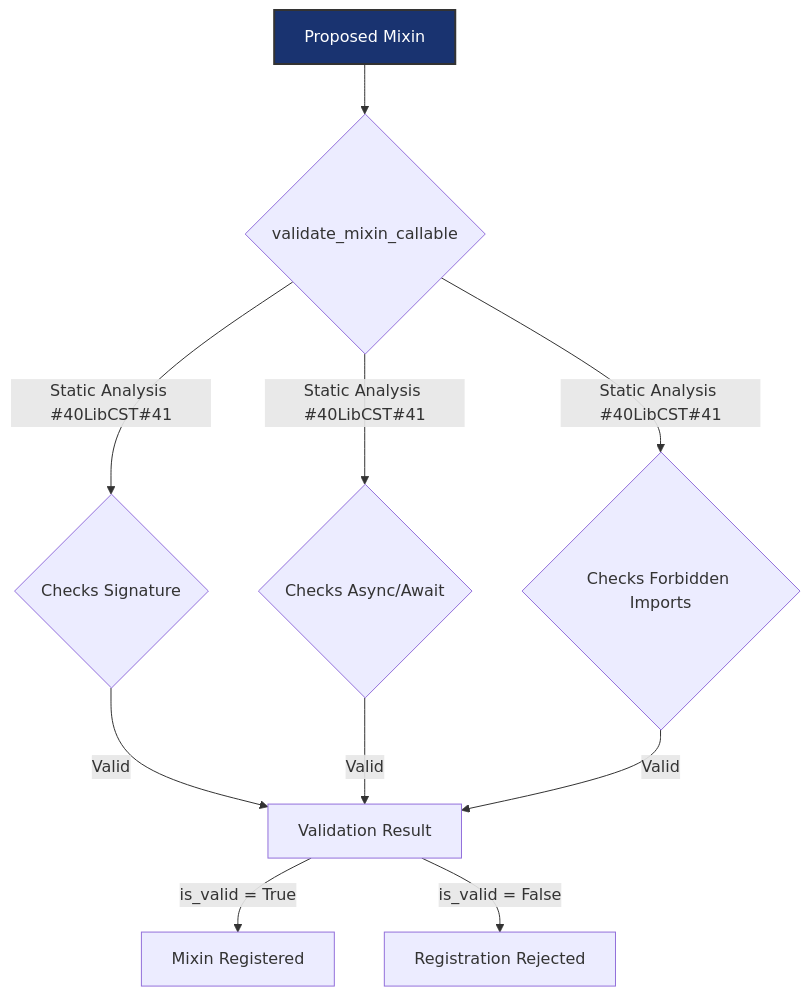
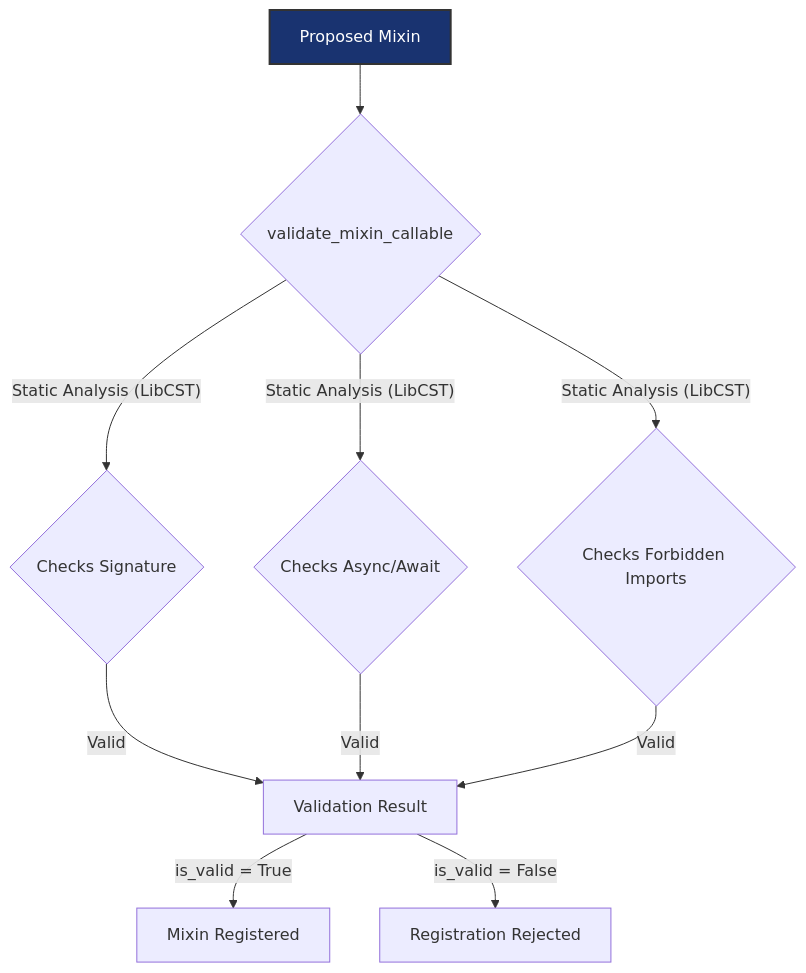
One commit to ikko/sym changed the first of 3 diagrams in docs/readme_details/5_mixinability/index.md. Above: the diagram before and after it, drawn with Mermaid. The commit also changed 17 other files, not shown here.

````diff
--- a/docs/readme_details/5_mixinability/index.md
+++ b/docs/readme_details/5_mixinability/index.md
@@ -17,16 +17,16 @@
 ```mermaid
 graph TD
     A[Proposed Mixin] --> B{validate_mixin_callable};
-    B -- "Static Analysis #40LibCST#41" --> C{Checks Signature};
-    B -- "Static Analysis #40LibCST#41" --> D{Checks Async/Await};
-    B -- "Static Analysis #40LibCST#41" --> E{Checks Forbidden Imports};
+    B -- "Static Analysis #40;LibCST#41;" --> C{Checks Signature};
+    B -- "Static Analysis #40;LibCST#41;" --> D{Checks Async/Await};
+    B -- "Static Analysis #40;LibCST#41;" --> E{Checks Forbidden Imports};
     C -- "Valid" --> F[Validation Result];
     D -- "Valid" --> F;
     E -- "Valid" --> F;
     F -- "is_valid = True" --> G[Mixin Registered];
     F -- "is_valid = False" --> H[Registration Rejected];
 
     style A fill:#193370,stroke:#333,stroke-width:2px,color:#FFFFFF;
 
     style A fill:#193370,stroke:#333,stroke-width:2px,color:#FFFFFF;
 ```
````
